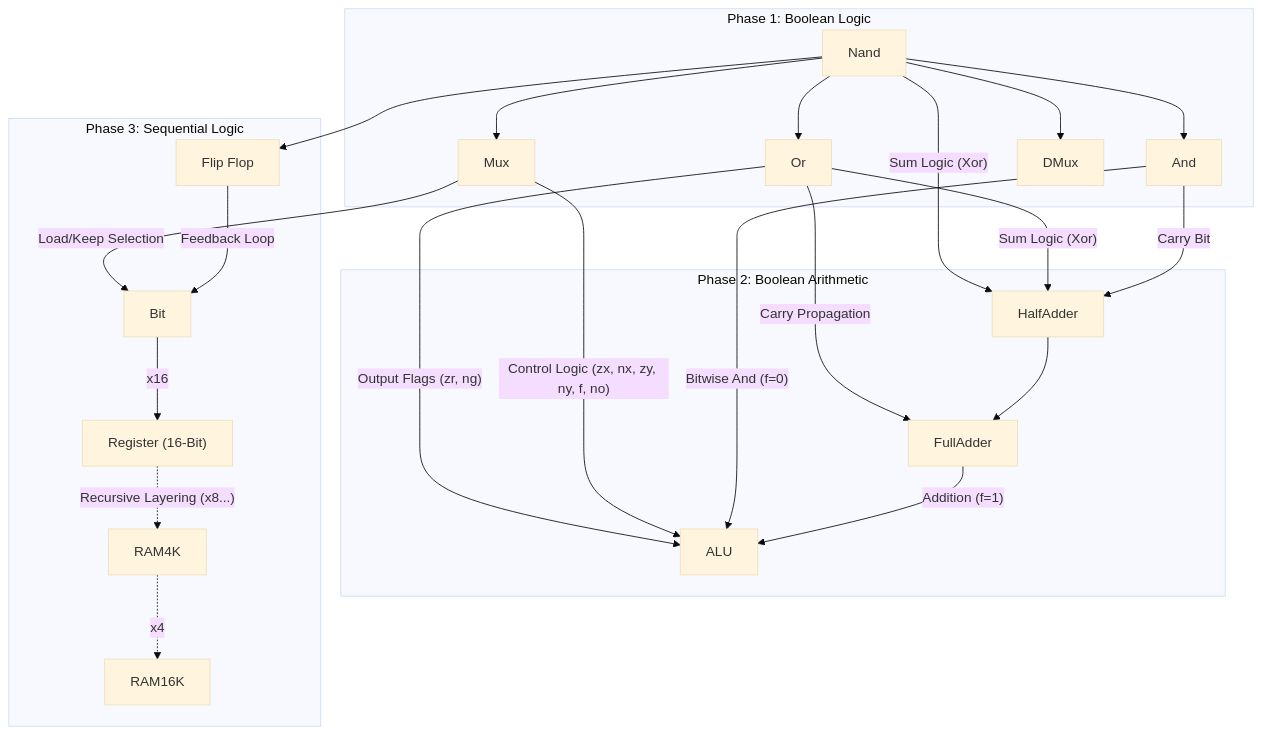
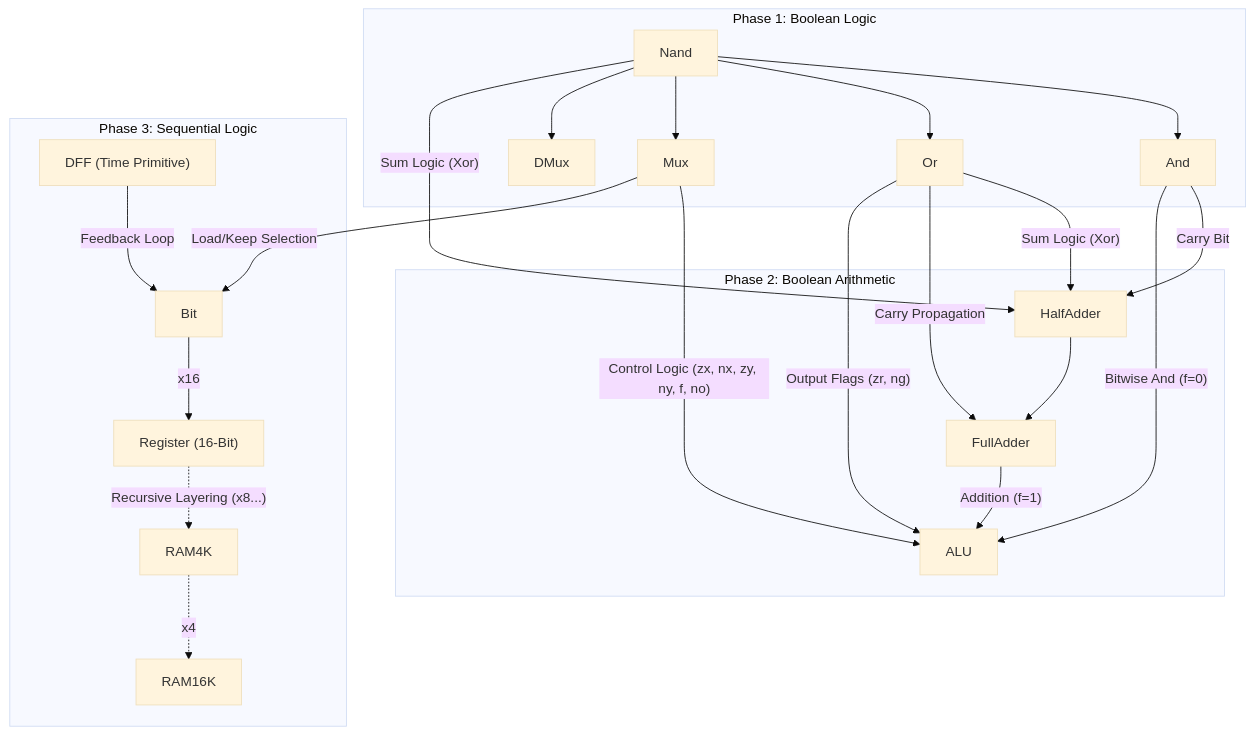
Before and after one commit to spaceadler/nand2tetris: the diagram in README.md, drawn with Mermaid (base theme).

Commit message:
Refine comments and labels in README.md
Updated comments for clarity and added quotes to labels.

````diff
--- a/README.md
+++ b/README.md
@@ -22,62 +22,60 @@
 ```mermaid
 graph TD
     %% 1. BOOLEAN LOGIC
     subgraph Logic ["Phase 1: Boolean Logic"]
         Nand["Nand"]
         And["And"]
         Or["Or"]
         Mux["Mux"]
         DMux["DMux"]
         
         Nand --> And
         Nand --> Or
         Nand --> Mux
         Nand --> DMux
     end
 
     %% 2. BOOLEAN ARITHMETIC
     subgraph Arithmetic ["Phase 2: Boolean Arithmetic"]
         HA[HalfAdder]
         FA[FullAdder]
         ALU[ALU]
     end
 
     %% 3. SEQUENTIAL LOGIC
     subgraph Sequential ["Phase 3: Sequential Logic"]
-        DFF["Flip Flop"]
+        DFF["DFF (Time Primitive)"]
         Bit["Bit"]
         Register["Register (16-Bit)"]
         RAM4K
         RAM16K
     end
 
     %% --- WIRING & DETAILS ---
 
-    %% THE PHYSICAL REALITY (Nand creates the Latch inside the Flip Flop)
-    Nand --> DFF
-
-    %% HALF ADDER DETAIL
+    %% HALF ADDER DETAIL (Sum = Xor, Carry = And)
+    %% Quotes added to labels to prevent parsing errors
     And -->|"Carry Bit"| HA
     Or -->|"Sum Logic (Xor)"| HA
     Nand -->|"Sum Logic (Xor)"| HA
 
-    %% FULL ADDER
+    %% FULL ADDER (Built from HA + Or)
     HA --> FA
     Or -->|"Carry Propagation"| FA
 
-    %% ALU DETAIL
+    %% ALU DETAIL (The Calculation Engine)
     FA -->|"Addition (f=1)"| ALU
     And -->|"Bitwise And (f=0)"| ALU
     Mux -->|"Control Logic (zx, nx, zy, ny, f, no)"| ALU
     Or -->|"Output Flags (zr, ng)"| ALU
 
     %% SEQUENTIAL / MEMORY RECURSION
     DFF -->|"Feedback Loop"| Bit
     Mux -->|"Load/Keep Selection"| Bit
     
     Bit -->|x16| Register
     
     %% The Abstracted Recursion
     Register -.->|"Recursive Layering (x8...)"| RAM4K
     RAM4K -.->|x4| RAM16K
 ```
````
